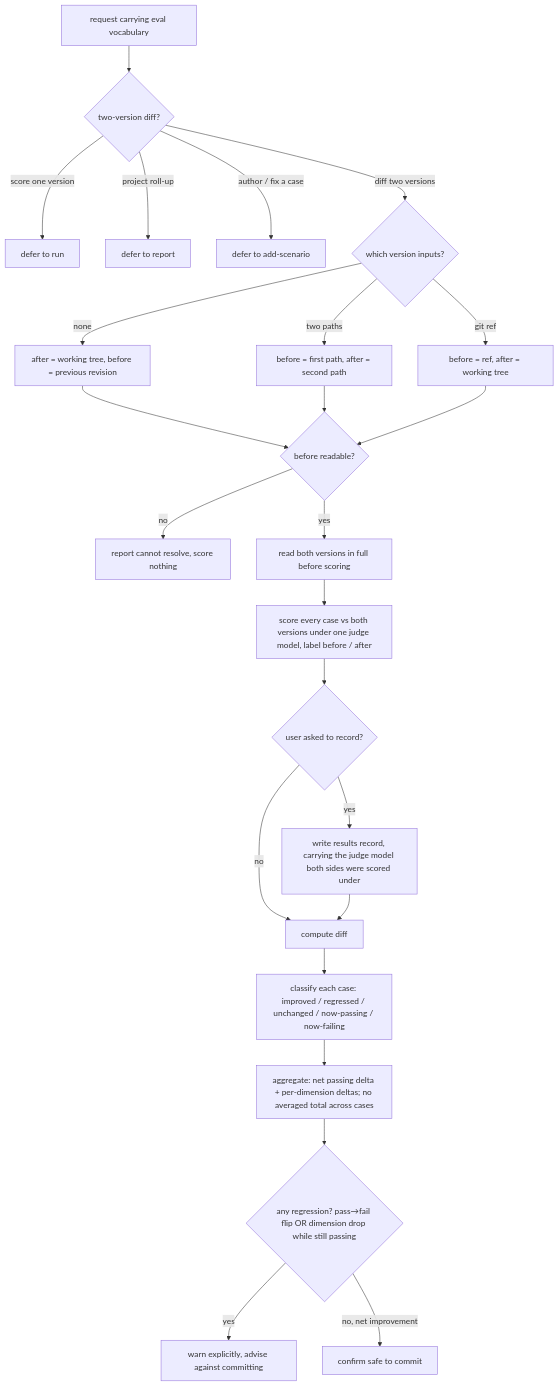
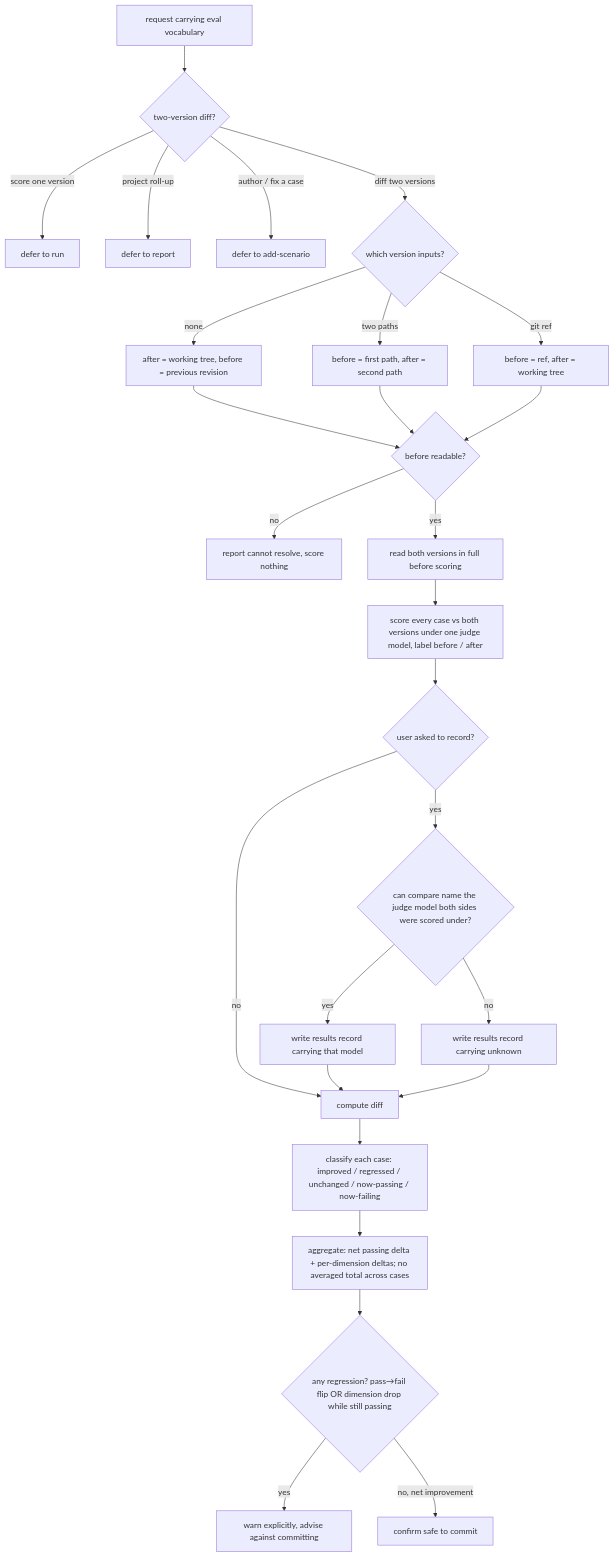
One commit to cyberuni/cyber-sdd changed the diagram in .agents/specs/aced/eval-run/compare/README.md. Above: the diagram before and after it, drawn with Mermaid. The commit also changed other lines of this file and 4 other files, not shown here.

````diff
--- a/.agents/specs/aced/eval-run/compare/README.md
+++ b/.agents/specs/aced/eval-run/compare/README.md
@@ -40,29 +40,31 @@
 ```mermaid
 flowchart TD
   req[request carrying eval vocabulary] --> route{two-version diff?}
   route -- score one version --> run[defer to run]
   route -- project roll-up --> report[defer to report]
   route -- author / fix a case --> addsc[defer to add-scenario]
   route -- diff two versions --> resolve{which version inputs?}
 
   resolve -- none --> def[after = working tree, before = previous revision]
   resolve -- two paths --> paths[before = first path, after = second path]
   resolve -- git ref --> ref[before = ref, after = working tree]
 
   def --> readable{before readable?}
   paths --> readable
   ref --> readable
   readable -- no --> abort[report cannot resolve, score nothing]
   readable -- yes --> full[read both versions in full before scoring]
 
   full --> score[score every case vs both versions under one judge model, label before / after]
   score --> persist{user asked to record?}
   persist -- no --> diff[compute diff]
-  persist -- yes --> write[write results record, carrying the judge model both sides were scored under] --> diff
+  persist -- yes --> write{can compare name the judge model both sides were scored under?}
+  write -- yes --> writeNamed[write results record carrying that model] --> diff
+  write -- no --> writeUnknown[write results record carrying unknown] --> diff
 
   diff --> classify[classify each case: improved / regressed / unchanged / now-passing / now-failing]
   classify --> agg[aggregate: net passing delta + per-dimension deltas; no averaged total across cases]
   agg --> gate{any regression? pass→fail flip OR dimension drop while still passing}
   gate -- yes --> warn[warn explicitly, advise against committing]
   gate -- no, net improvement --> safe[confirm safe to commit]
 ```
````
